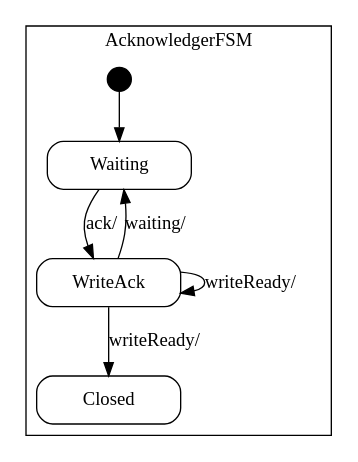
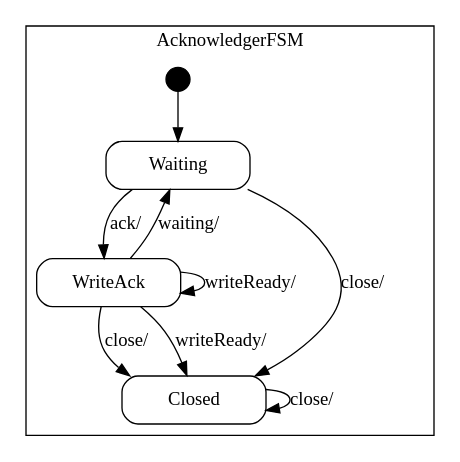
The diagram in spindle/doc/Acknowledger_sm.dot (vmehra-sfdc/Ouroboros), drawn with Graphviz before and after one commit. The commit also changed 38 other files, not shown here.

```diff
--- a/spindle/doc/Acknowledger_sm.dot
+++ b/spindle/doc/Acknowledger_sm.dot
@@ -1,45 +1,54 @@
 digraph Acknowledger {
 
     node
         [shape=Mrecord width=1.5];
 
     subgraph cluster_AcknowledgerFSM {
 
         label="AcknowledgerFSM";
 
         //
         // States (Nodes)
         //
 
         "AcknowledgerFSM::Waiting"
             [label="{Waiting}"];
 
         "AcknowledgerFSM::WriteAck"
             [label="{WriteAck}"];
 
         "AcknowledgerFSM::Closed"
             [label="{Closed}"];
 
         "%start"
             [label="" shape=circle style=filled fillcolor=black width=0.25];
 
         //
         // Transitions (Edges)
         //
 
         "AcknowledgerFSM::Waiting" -> "AcknowledgerFSM::WriteAck"
             [label="ack/\l"];
 
+        "AcknowledgerFSM::Waiting" -> "AcknowledgerFSM::Closed"
+            [label="close/\l"];
+
         "AcknowledgerFSM::WriteAck" -> "AcknowledgerFSM::Closed"
             [label="writeReady/\l"];
 
         "AcknowledgerFSM::WriteAck" -> "AcknowledgerFSM::WriteAck"
             [label="writeReady/\l"];
 
         "AcknowledgerFSM::WriteAck" -> "AcknowledgerFSM::Waiting"
             [label="waiting/\l"];
 
+        "AcknowledgerFSM::WriteAck" -> "AcknowledgerFSM::Closed"
+            [label="close/\l"];
+
+        "AcknowledgerFSM::Closed" -> "AcknowledgerFSM::Closed"
+            [label="close/\l"];
+
         "%start" -> "AcknowledgerFSM::Waiting"
     }
 
 }
```
